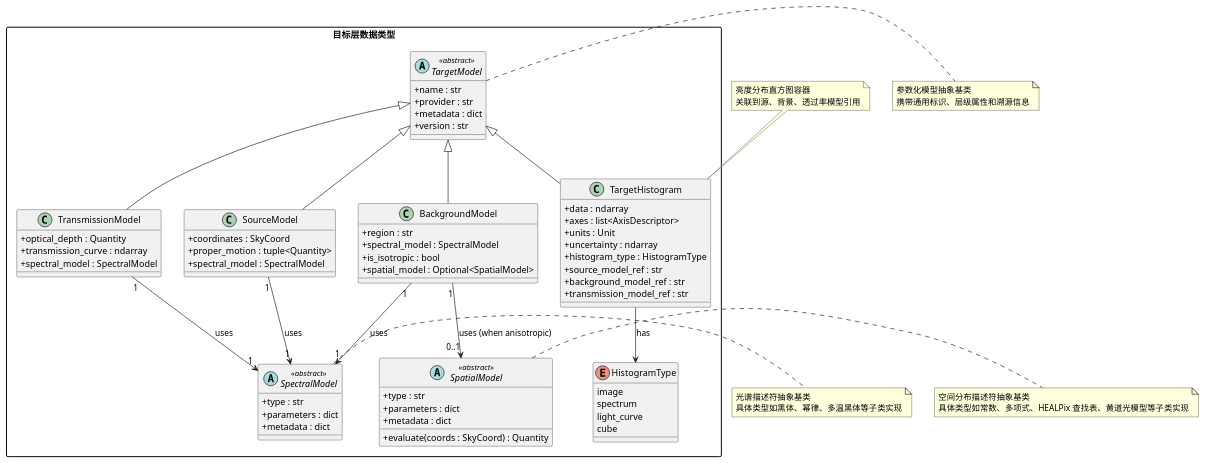
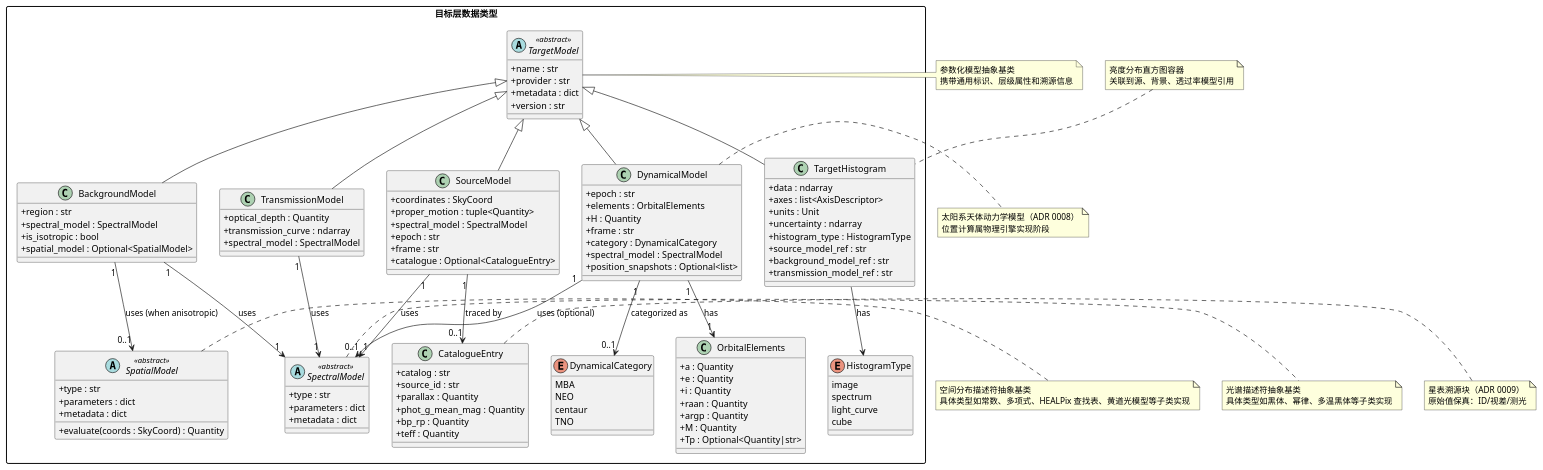
Before and after one commit to pigsboss/oasis: the diagram in docs/diagrams/targets/classes.puml, drawn with PlantUML. The commit also changed 25 other files, not shown here.

First line of the commit message:
docs: apply MOTION-001 — catalogue/epoch/frame on SourceModel and new DynamicalModel (ADR 0008/0009)

```diff
--- a/docs/diagrams/targets/classes.puml
+++ b/docs/diagrams/targets/classes.puml
@@ -1,96 +1,149 @@
 @startuml
 ' 目标层核心类图
-' 基于 docs/design/targets.md 4.1 数据类型定义
+' 基于 docs/design/targets.md 4.1 数据类型定义（含 ADR 0008/0009 扩展）
 
 skinparam classAttributeIconSize 0
 skinparam classFontStyle normal
 skinparam packageStyle rectangle
 
 package "目标层数据类型" {
 
     abstract class TargetModel <<abstract>> {
         + name : str
         + provider : str
         + metadata : dict
         + version : str
     }
 
     abstract class SpectralModel <<abstract>> {
         + type : str
         + parameters : dict
         + metadata : dict
     }
 
     abstract class SpatialModel <<abstract>> {
         + type : str
         + parameters : dict
         + metadata : dict
         + evaluate(coords : SkyCoord) : Quantity
     }
 
+    class CatalogueEntry {
+        + catalog : str
+        + source_id : str
+        + parallax : Quantity
+        + phot_g_mean_mag : Quantity
+        + bp_rp : Quantity
+        + teff : Quantity
+    }
+
+    class OrbitalElements {
+        + a : Quantity
+        + e : Quantity
+        + i : Quantity
+        + raan : Quantity
+        + argp : Quantity
+        + M : Quantity
+        + Tp : Optional<Quantity|str>
+    }
+
     class SourceModel extends TargetModel {
         + coordinates : SkyCoord
         + proper_motion : tuple<Quantity>
         + spectral_model : SpectralModel
+        + epoch : str
+        + frame : str
+        + catalogue : Optional<CatalogueEntry>
+    }
+
+    class DynamicalModel extends TargetModel {
+        + epoch : str
+        + elements : OrbitalElements
+        + H : Quantity
+        + frame : str
+        + category : DynamicalCategory
+        + spectral_model : SpectralModel
+        + position_snapshots : Optional<list>
     }
 
     class BackgroundModel extends TargetModel {
         + region : str
         + spectral_model : SpectralModel
         + is_isotropic : bool
         + spatial_model : Optional<SpatialModel>
     }
 
     class TransmissionModel extends TargetModel {
         + optical_depth : Quantity
         + transmission_curve : ndarray
         + spectral_model : SpectralModel
     }
 
     class TargetHistogram extends TargetModel {
         + data : ndarray
         + axes : list<AxisDescriptor>
         + units : Unit
         + uncertainty : ndarray
         + histogram_type : HistogramType
         + source_model_ref : str
         + background_model_ref : str
         + transmission_model_ref : str
     }
 
     enum HistogramType {
         image
         spectrum
         light_curve
         cube
     }
 
+    enum DynamicalCategory {
+        MBA
+        NEO
+        centaur
+        TNO
+    }
+
     SourceModel "1" --> "1" SpectralModel : uses
+    SourceModel "1" --> "0..1" CatalogueEntry : traced by
+    DynamicalModel "1" --> "1" OrbitalElements : has
+    DynamicalModel "1" --> "0..1" SpectralModel : uses (optional)
+    DynamicalModel "1" --> "0..1" DynamicalCategory : categorized as
     BackgroundModel "1" --> "1" SpectralModel : uses
     TransmissionModel "1" --> "1" SpectralModel : uses
     BackgroundModel "1" --> "0..1" SpatialModel : uses (when anisotropic)
     TargetHistogram --> HistogramType : has
 
 }
 
 note right of TargetModel
   参数化模型抽象基类
   携带通用标识、层级属性和溯源信息
 end note
 
 note right of SpectralModel
   光谱描述符抽象基类
   具体类型如黑体、幂律、多温黑体等子类实现
 end note
 
 note right of SpatialModel
   空间分布描述符抽象基类
   具体类型如常数、多项式、HEALPix 查找表、黄道光模型等子类实现
 end note
 
+note right of CatalogueEntry
+  星表溯源块（ADR 0009）
+  原始值保真：ID/视差/测光
+end note
+
+note right of DynamicalModel
+  太阳系天体动力学模型（ADR 0008）
+  位置计算属物理引擎实现阶段
+end note
+
 note top of TargetHistogram
   亮度分布直方图容器
   关联到源、背景、透过率模型引用
 end note
 
 @enduml
```
